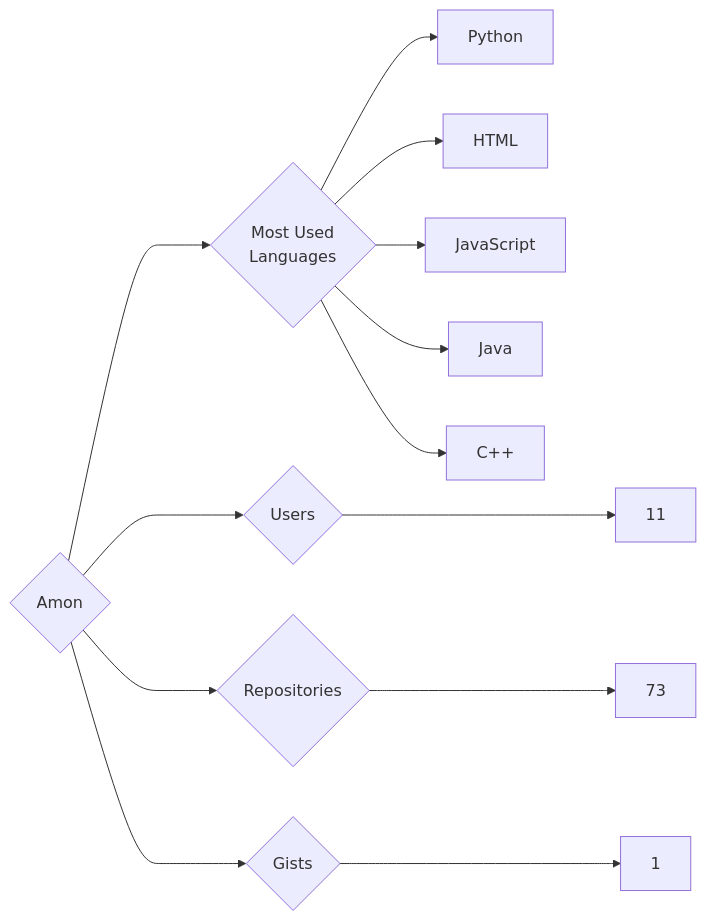
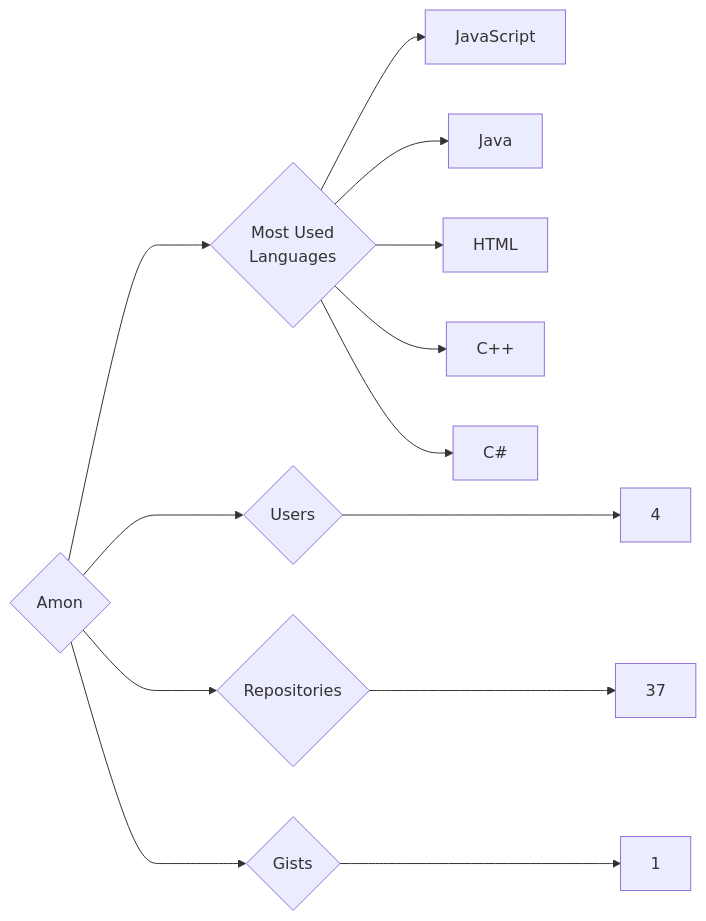
One commit to trickest/insiders changed the diagram in targets/Amon/README.md. Above: the diagram before and after it, drawn with Mermaid. The commit also changed 860 other files, not shown here.

````diff
--- a/targets/Amon/README.md
+++ b/targets/Amon/README.md
@@ -3,13 +3,13 @@
 ```mermaid
 graph LR
 COMPANY_NAME{Amon}
-COMPANY_NAME ---> U{Users} ---> UN[11]
-COMPANY_NAME ---> R{Repositories} ---> RN[73]
+COMPANY_NAME ---> U{Users} ---> UN[4]
+COMPANY_NAME ---> R{Repositories} ---> RN[37]
 COMPANY_NAME ---> G{Gists} ---> GN[1]
 COMPANY_NAME ---> ML{Most Used<br>Languages}
-ML --> Python[Python]
-ML --> HTML[HTML]
 ML --> JavaScript[JavaScript]
 ML --> Java[Java]
+ML --> HTML[HTML]
 ML --> C++[C++]
+ML --> C#[C#]
 ```
````
